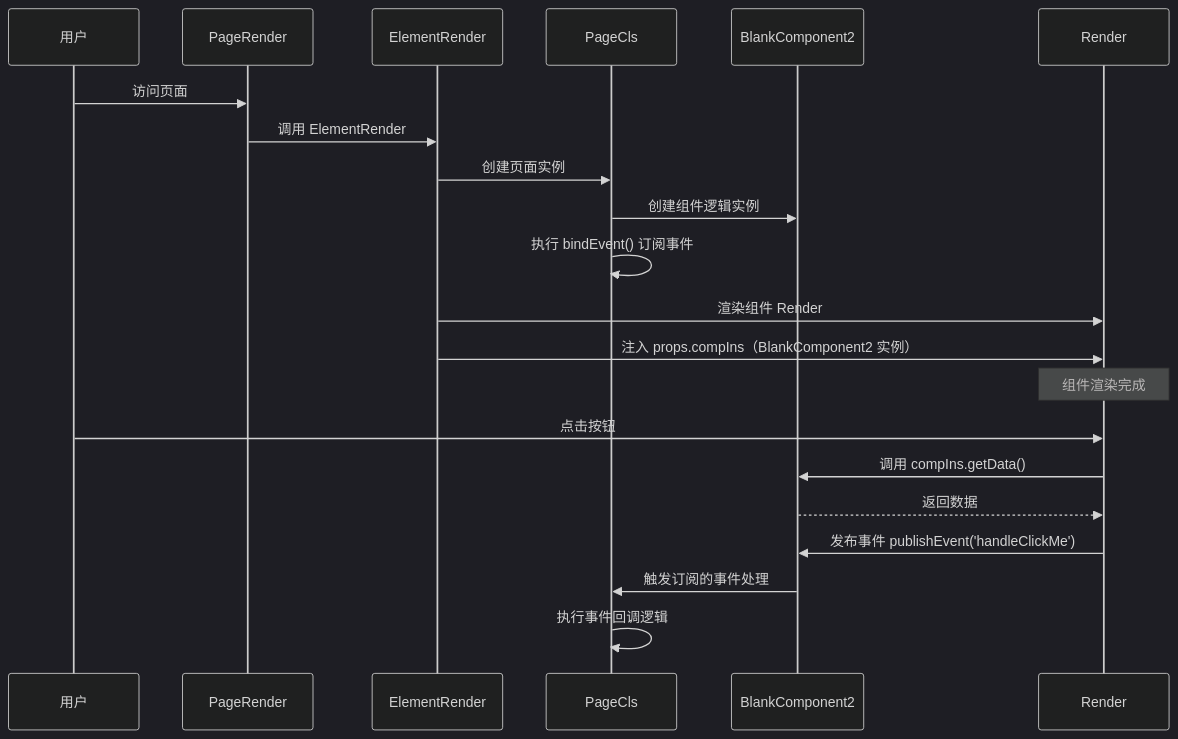
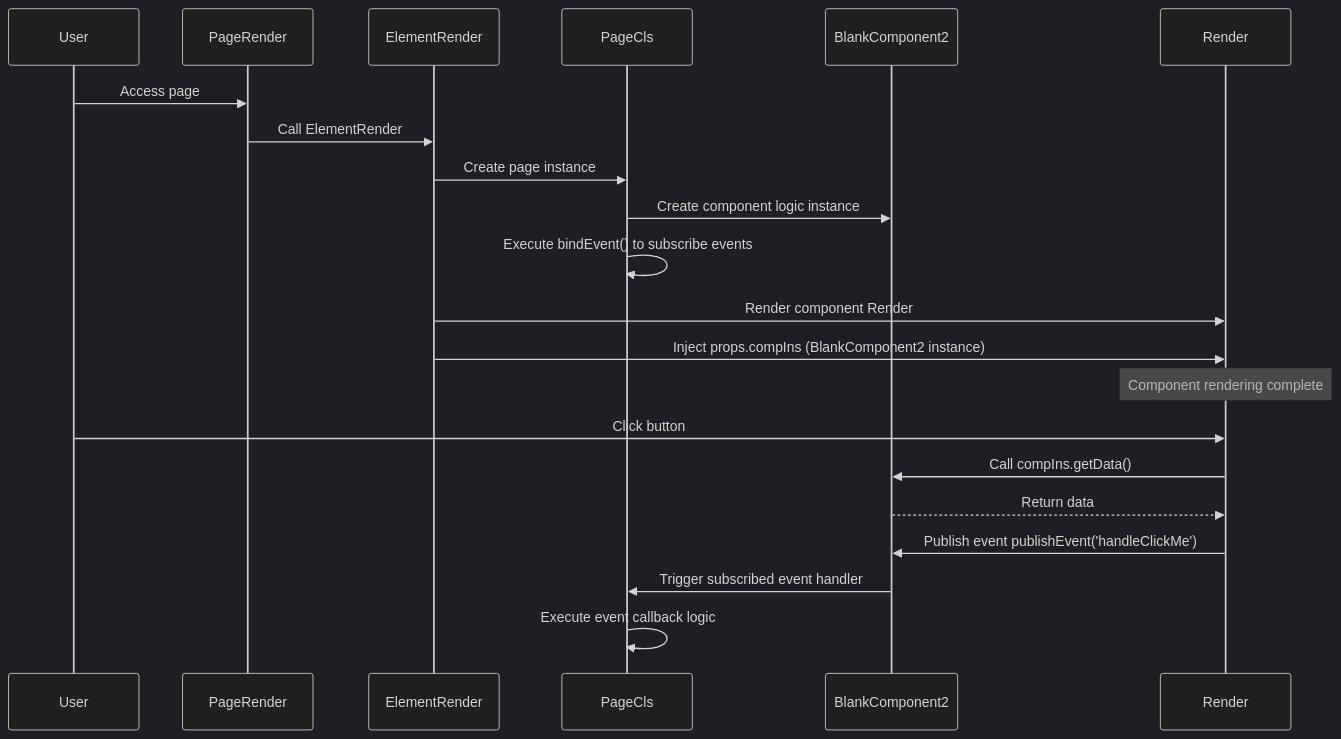
One commit to jitai-team/jitai-docs changed the diagram in docs/devguide/fullcode-ui-components-in-pages/ui-component-interface-specifications.md. Above: the diagram before and after it, drawn with Mermaid (dark theme). The commit also changed other lines of this file and 92 other files, not shown here.

````diff
--- a/docs/devguide/fullcode-ui-components-in-pages/ui-component-interface-specifications.md
+++ b/docs/devguide/fullcode-ui-components-in-pages/ui-component-interface-specifications.md
@@ -170,26 +170,26 @@
 ```mermaid
 sequenceDiagram
-    participant U as 用户
+    participant U as User
     participant P as PageRender
     participant E as ElementRender
     participant PC as PageCls
     participant BC as BlankComponent2
     participant R as Render
 
-    U->>P: 访问页面
-    P->>E: 调用 ElementRender
-    E->>PC: 创建页面实例
-    PC->>BC: 创建组件逻辑实例
-    PC->>PC: 执行 bindEvent() 订阅事件
-    E->>R: 渲染组件 Render
-    E->>R: 注入 props.compIns（BlankComponent2 实例）
+    U->>P: Access page
+    P->>E: Call ElementRender
+    E->>PC: Create page instance
+    PC->>BC: Create component logic instance
+    PC->>PC: Execute bindEvent() to subscribe events
+    E->>R: Render component Render
+    E->>R: Inject props.compIns (BlankComponent2 instance)
 
-    Note over R: 组件渲染完成
+    Note over R: Component rendering complete
 
-    U->>R: 点击按钮
-    R->>BC: 调用 compIns.getData()
-    BC-->>R: 返回数据
-    R->>BC: 发布事件 publishEvent('handleClickMe')
-    BC->>PC: 触发订阅的事件处理
-    PC->>PC: 执行事件回调逻辑
+    U->>R: Click button
+    R->>BC: Call compIns.getData()
+    BC-->>R: Return data
+    R->>BC: Publish event publishEvent('handleClickMe')
+    BC->>PC: Trigger subscribed event handler
+    PC->>PC: Execute event callback logic
 ```
````
